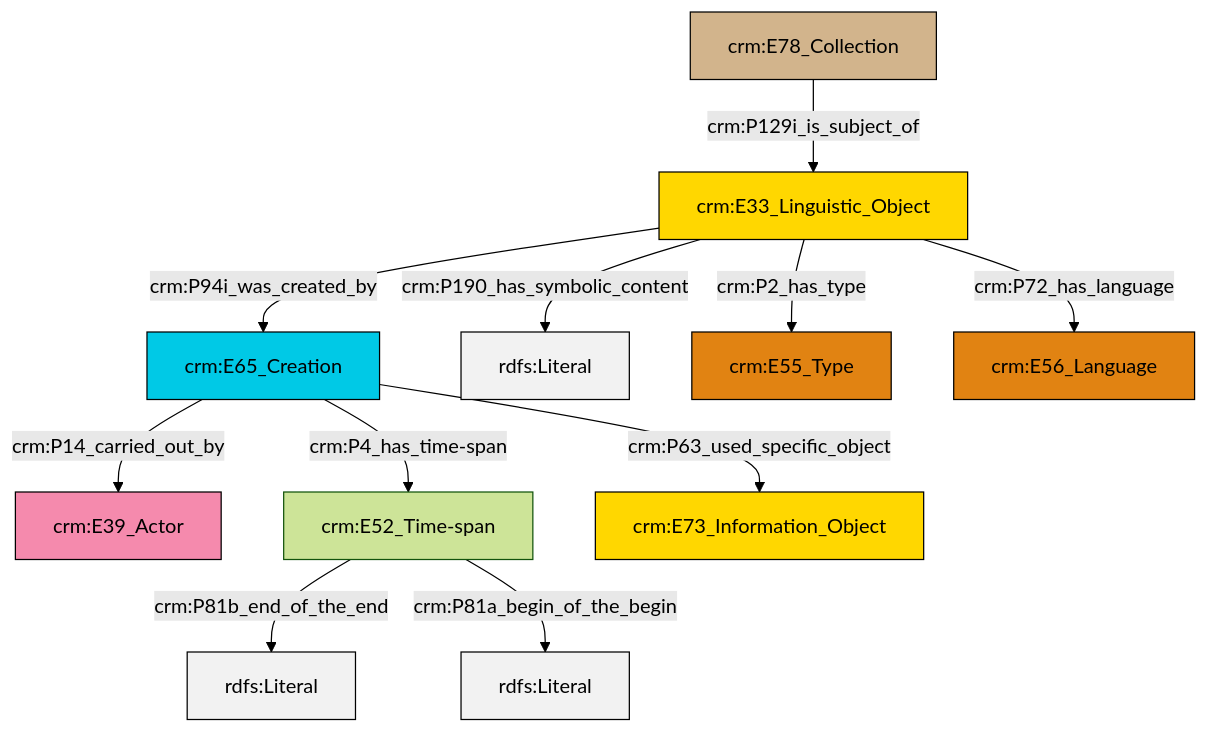
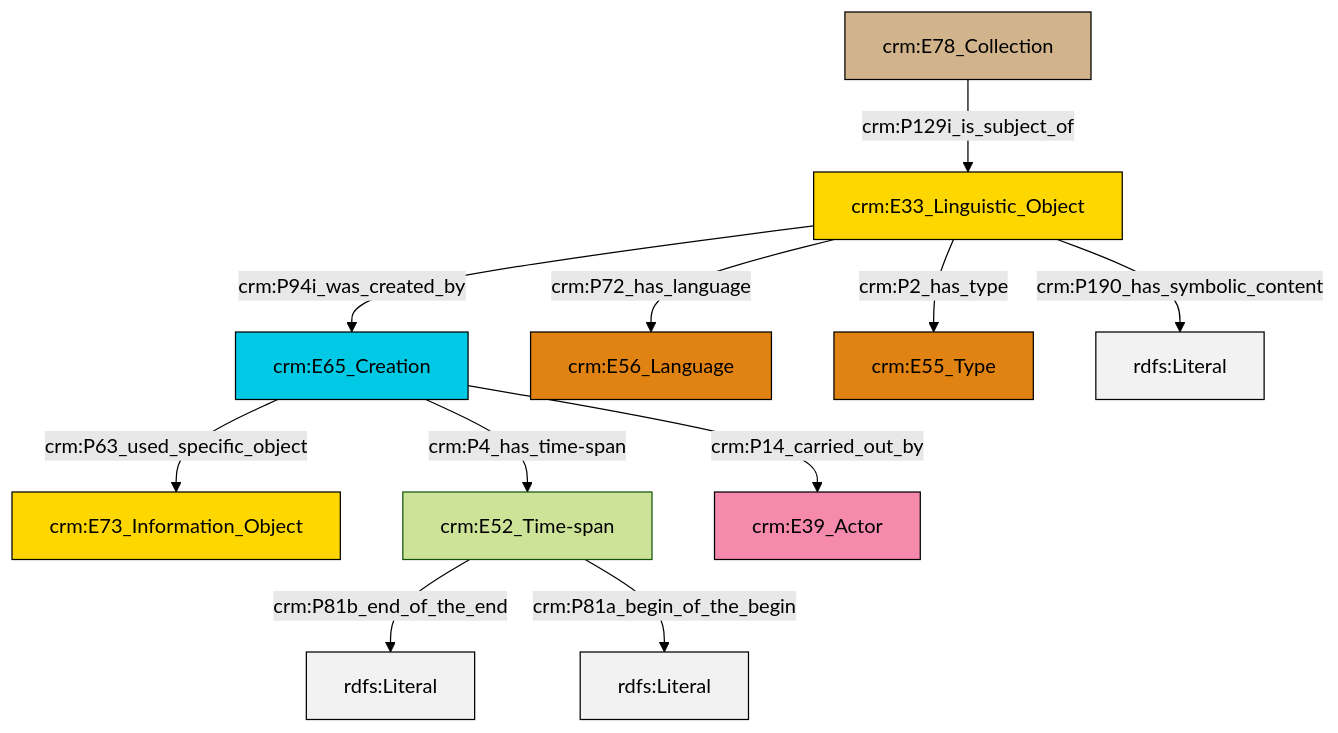
Before and after one commit to swiss-art-research-net/docs.swissartresearch: the diagram in et/archivalCSV/ttl/mmd/archival_desc.ttl.mmd, drawn with Mermaid (forest theme). The commit also changed 177 other files, not shown here.

```diff
--- a/et/archivalCSV/ttl/mmd/archival_desc.ttl.mmd
+++ b/et/archivalCSV/ttl/mmd/archival_desc.ttl.mmd
@@ -1,25 +1,25 @@
 graph TD
 classDef Literal fill:#f2f2f2,stroke:#000000;
 classDef CRM_Entity fill:#FFFFFF,stroke:#000000;
 classDef Temporal_Entity fill:#00C9E6, stroke:#000000;
 classDef Type fill:#E18312, stroke:#000000;
 classDef Time-Span fill:#2C9C91, stroke:#000000;
 classDef Appellation fill:#FFEB7F, stroke:#000000;
 classDef Place fill:#008836, stroke:#000000;
 classDef Persistent_Item fill:#B266B2, stroke:#000000;
 classDef Conceptual_Object fill:#FFD700, stroke:#000000;
 classDef Physical_Thing fill:#D2B48C, stroke:#000000;
 classDef Actor fill:#f58aad, stroke:#000000;
 classDef PC_Classes fill:#4ce600, stroke:#000000;
 classDef Multi fill:#cccccc,stroke:#000000;
 
-0["crm:E65_Creation"]:::Temporal_Entity -->|crm:P14_carried_out_by| 1["crm:E39_Actor"]:::Actor
-2["crm:E33_Linguistic_Object"]:::Conceptual_Object -->|crm:P190_has_symbolic_content| 3[rdfs:Literal]:::Literal
-0["crm:E65_Creation"]:::Temporal_Entity -->|crm:P4_has_time-span| 7["crm:E52_Time-span"]:::Default
-7["crm:E52_Time-span"]:::Default -->|crm:P81b_end_of_the_end| 10[rdfs:Literal]:::Literal
-7["crm:E52_Time-span"]:::Default -->|crm:P81a_begin_of_the_begin| 18[rdfs:Literal]:::Literal
-2["crm:E33_Linguistic_Object"]:::Conceptual_Object -->|crm:P72_has_language| 13["crm:E56_Language"]:::Type
-0["crm:E65_Creation"]:::Temporal_Entity -->|crm:P63_used_specific_object| 15["crm:E73_Information_Object"]:::Conceptual_Object
-11["crm:E78_Collection"]:::Physical_Thing -->|crm:P129i_is_subject_of| 2["crm:E33_Linguistic_Object"]:::Conceptual_Object
-2["crm:E33_Linguistic_Object"]:::Conceptual_Object -->|crm:P2_has_type| 4["crm:E55_Type"]:::Type
-2["crm:E33_Linguistic_Object"]:::Conceptual_Object -->|crm:P94i_was_created_by| 0["crm:E65_Creation"]:::Temporal_Entity
+0["crm:E65_Creation"]:::Temporal_Entity -->|crm:P63_used_specific_object| 1["crm:E73_Information_Object"]:::Conceptual_Object
+0["crm:E65_Creation"]:::Temporal_Entity -->|crm:P14_carried_out_by| 6["crm:E39_Actor"]:::Actor
+2["crm:E78_Collection"]:::Physical_Thing -->|crm:P129i_is_subject_of| 7["crm:E33_Linguistic_Object"]:::Conceptual_Object
+7["crm:E33_Linguistic_Object"]:::Conceptual_Object -->|crm:P72_has_language| 8["crm:E56_Language"]:::Type
+4["crm:E52_Time-span"]:::Default -->|crm:P81b_end_of_the_end| 11[rdfs:Literal]:::Literal
+7["crm:E33_Linguistic_Object"]:::Conceptual_Object -->|crm:P94i_was_created_by| 0["crm:E65_Creation"]:::Temporal_Entity
+7["crm:E33_Linguistic_Object"]:::Conceptual_Object -->|crm:P2_has_type| 13["crm:E55_Type"]:::Type
+0["crm:E65_Creation"]:::Temporal_Entity -->|crm:P4_has_time-span| 4["crm:E52_Time-span"]:::Default
+7["crm:E33_Linguistic_Object"]:::Conceptual_Object -->|crm:P190_has_symbolic_content| 17[rdfs:Literal]:::Literal
+4["crm:E52_Time-span"]:::Default -->|crm:P81a_begin_of_the_begin| 18[rdfs:Literal]:::Literal
```
